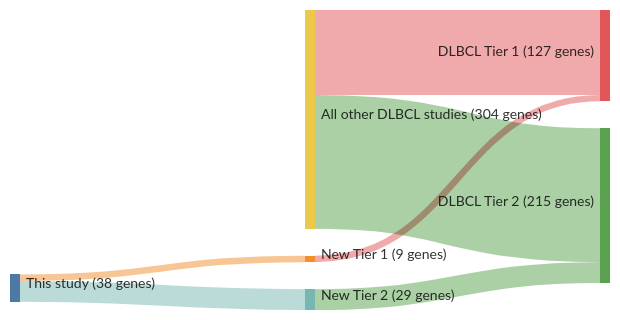
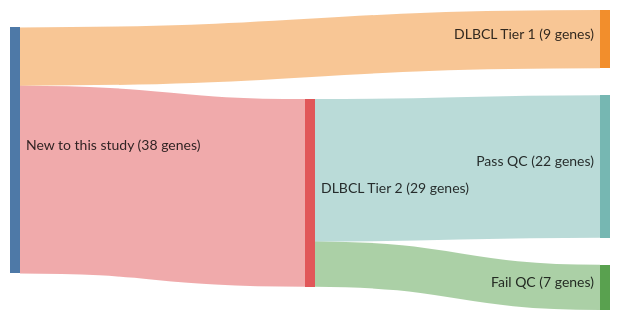
One commit to morinlab/lymphopedia changed the diagram in papers/morinMutationalStructuralAnalysis2013.md. Above: the diagram before and after it, drawn with Mermaid. The commit also changed other lines of this file, not shown here.

Commit message:
add links

````diff
--- a/papers/morinMutationalStructuralAnalysis2013.md
+++ b/papers/morinMutationalStructuralAnalysis2013.md
@@ -12,20 +13,18 @@
 ```mermaid
 ---
 config:
     sankey:
         showValues: true
         linkColor: target
         width: 600
         height: 300
         nodeAlignment: right
         prefix: '('
         suffix: ' genes)'
 ---
 sankey-beta
-This study, New Tier 1, 9
-New Tier 1, DLBCL Tier 1, 9
-This study, New Tier 2, 29
-New Tier 2, DLBCL Tier 2, 29
-All other DLBCL studies, DLBCL Tier 1, 118
-All other DLBCL studies, DLBCL Tier 2, 186
+New to this study, DLBCL Tier 1, 9
+New to this study, DLBCL Tier 2, 29
+DLBCL Tier 2, Pass QC, 22
+DLBCL Tier 2, Fail QC, 7
 ```
````
